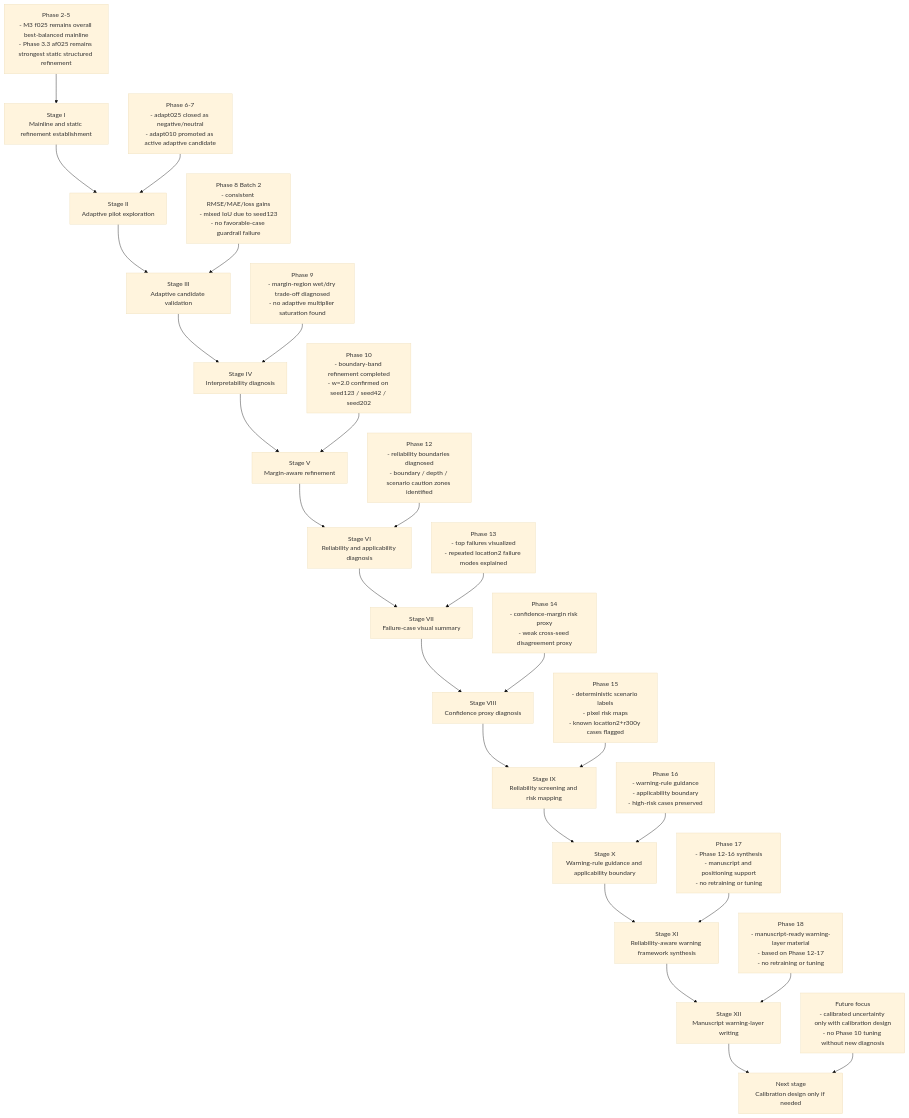
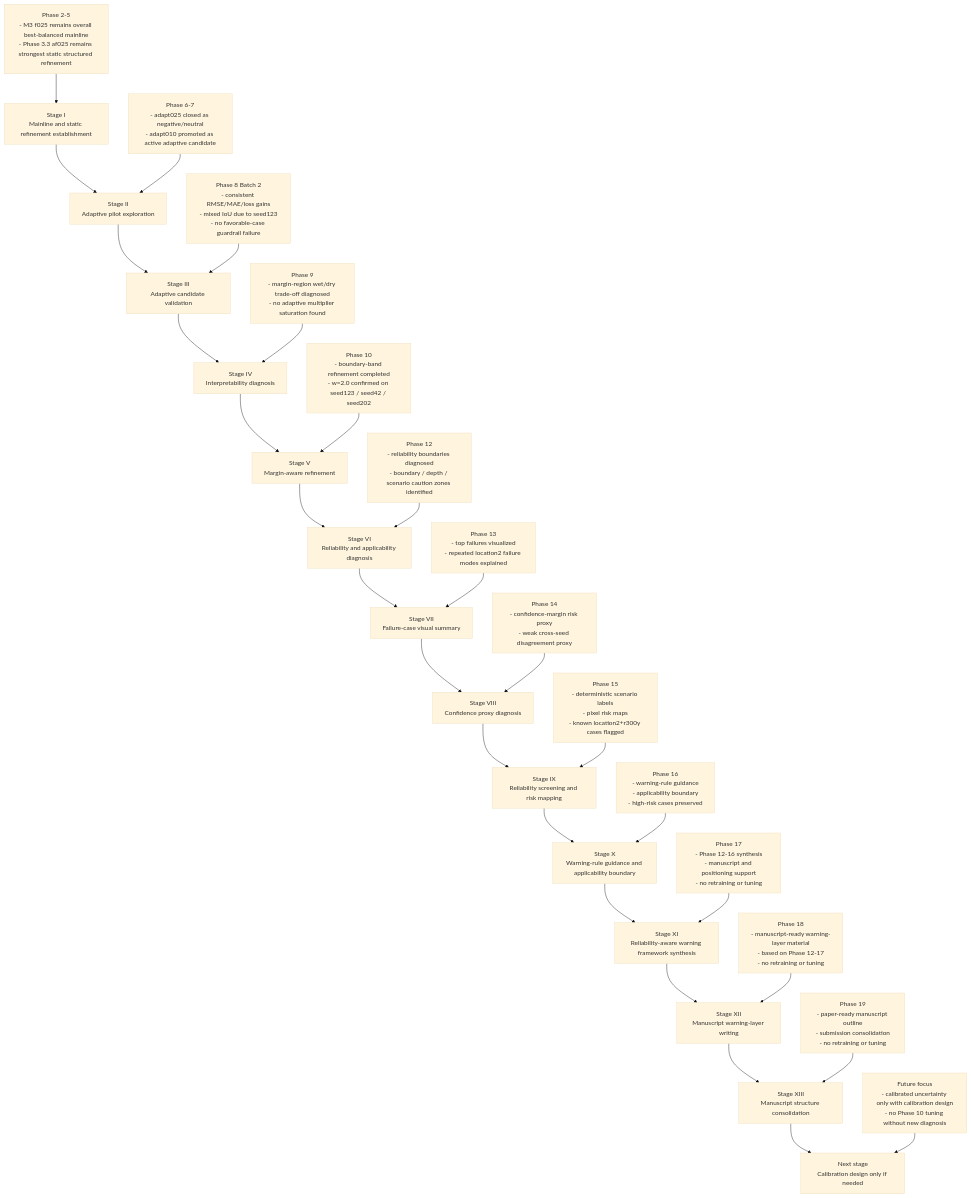
The third of 3 diagrams in README.md (HolyLin990604/physics-guided-urban-flood-prediction), drawn with Mermaid (base theme) before and after one commit. The commit also changed other lines of this file and 2 other files, not shown here.

Commit message:
docs: sync phase19 manuscript structure consolidation

````diff
--- a/README.md
+++ b/README.md
@@ -323,29 +331,31 @@
 ```mermaid
 flowchart TD
     A[Stage I<br/>Mainline and static refinement establishment] --> B[Stage II<br/>Adaptive pilot exploration]
     B --> C[Stage III<br/>Adaptive candidate validation]
     C --> D[Stage IV<br/>Interpretability diagnosis]
     D --> E[Stage V<br/>Margin-aware refinement]
     E --> F[Stage VI<br/>Reliability and applicability diagnosis]
     F --> G[Stage VII<br/>Failure-case visual summary]
     G --> H[Stage VIII<br/>Confidence proxy diagnosis]
     H --> I[Stage IX<br/>Reliability screening and risk mapping]
     I --> J[Stage X<br/>Warning-rule guidance and applicability boundary]
     J --> K[Stage XI<br/>Reliability-aware warning framework synthesis]
     K --> L[Stage XII<br/>Manuscript warning-layer writing]
-    L --> M[Next stage<br/>Calibration design only if needed]
+    L --> M[Stage XIII<br/>Manuscript structure consolidation]
+    M --> N[Next stage<br/>Calibration design only if needed]
 
     A1[Phase 2-5<br/>- M3 f025 remains overall best-balanced mainline<br/>- Phase 3.3 af025 remains strongest static structured refinement] --> A
     B1[Phase 6-7<br/>- adapt025 closed as negative/neutral<br/>- adapt010 promoted as active adaptive candidate] --> B
     C1[Phase 8 Batch 2<br/>- consistent RMSE/MAE/loss gains<br/>- mixed IoU due to seed123<br/>- no favorable-case guardrail failure] --> C
     D1[Phase 9<br/>- margin-region wet/dry trade-off diagnosed<br/>- no adaptive multiplier saturation found] --> D
     E1[Phase 10<br/>- boundary-band refinement completed<br/>- w=2.0 confirmed on seed123 / seed42 / seed202] --> E
     F1[Phase 12<br/>- reliability boundaries diagnosed<br/>- boundary / depth / scenario caution zones identified] --> F
     G1[Phase 13<br/>- top failures visualized<br/>- repeated location2 failure modes explained] --> G
     H1[Phase 14<br/>- confidence-margin risk proxy<br/>- weak cross-seed disagreement proxy] --> H
     I1[Phase 15<br/>- deterministic scenario labels<br/>- pixel risk maps<br/>- known location2+r300y cases flagged] --> I
     J1[Phase 16<br/>- warning-rule guidance<br/>- applicability boundary<br/>- high-risk cases preserved] --> J
     K1[Phase 17<br/>- Phase 12-16 synthesis<br/>- manuscript and positioning support<br/>- no retraining or tuning] --> K
     L1[Phase 18<br/>- manuscript-ready warning-layer material<br/>- based on Phase 12-17<br/>- no retraining or tuning] --> L
-    M1[Future focus<br/>- calibrated uncertainty only with calibration design<br/>- no Phase 10 tuning without new diagnosis] --> M
+    M1[Phase 19<br/>- paper-ready manuscript outline<br/>- submission consolidation<br/>- no retraining or tuning] --> M
+    N1[Future focus<br/>- calibrated uncertainty only with calibration design<br/>- no Phase 10 tuning without new diagnosis] --> N
 ```
````
